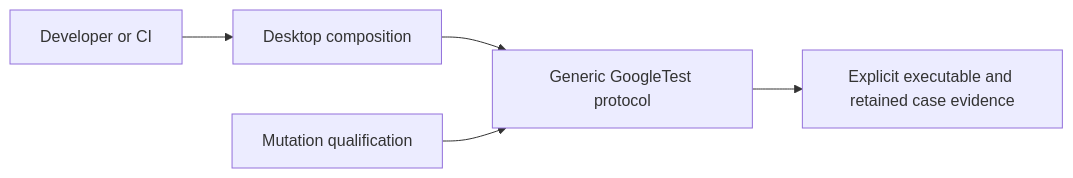
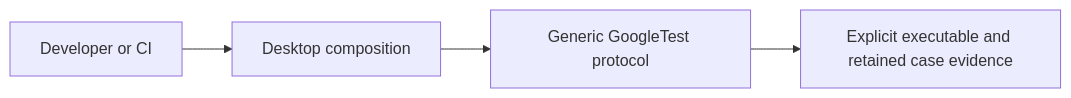
One commit to Vokerlee/wiola-player changed the diagram in scripts/testing/README.md. Above: the diagram before and after it, drawn with Mermaid. The commit also changed other lines of this file and 209 other files, not shown here.

Commit message:
ci: remove architecture registries and coverage governance

````diff
--- a/scripts/testing/README.md
+++ b/scripts/testing/README.md
@@ -5,7 +5,6 @@
 ```mermaid
 flowchart LR
   Caller[Developer or CI] --> Desktop[Desktop composition]
   Desktop --> Protocol[Generic GoogleTest protocol]
-  Mutation[Mutation qualification] --> Protocol
   Protocol --> Process[Explicit executable and retained case evidence]
 ```
````
